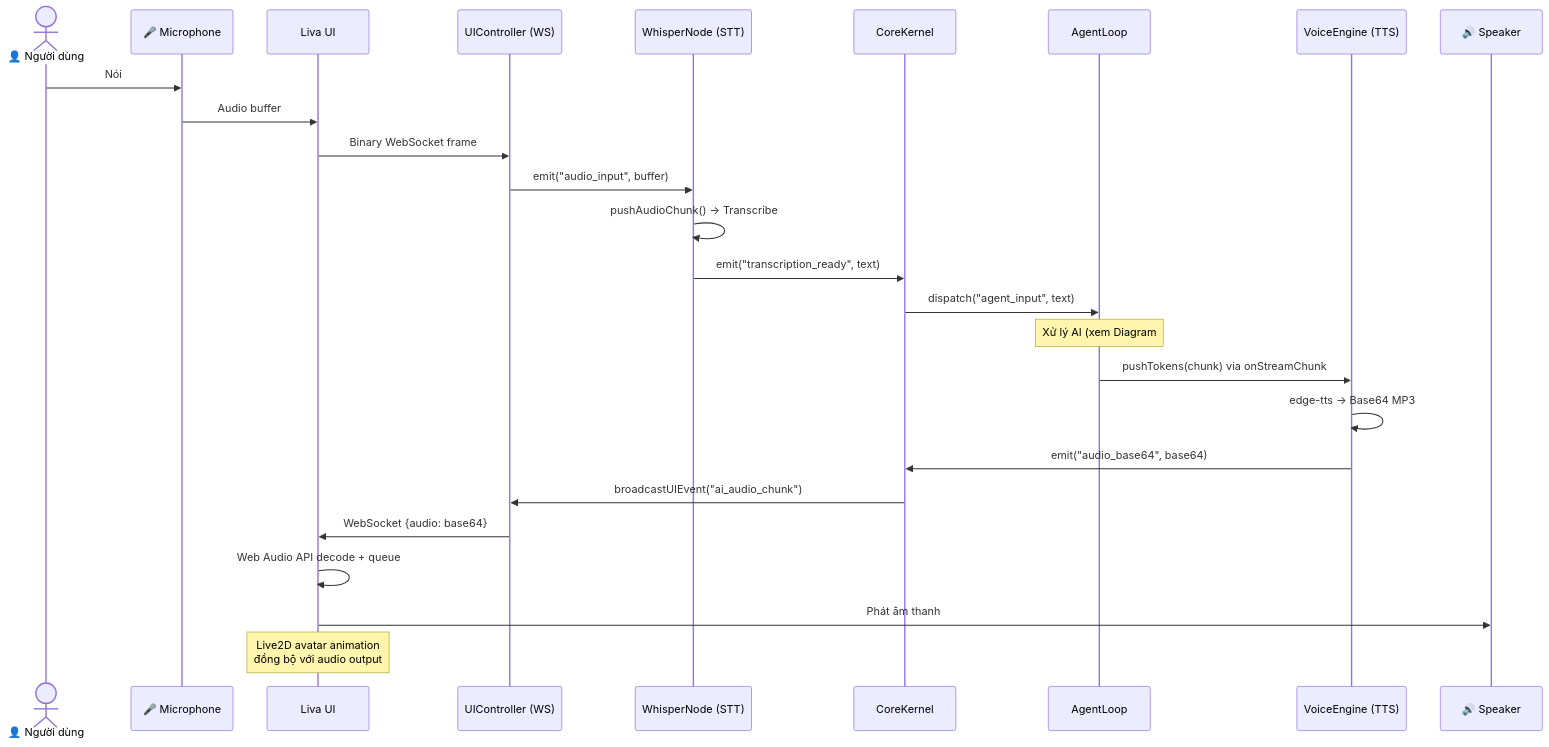
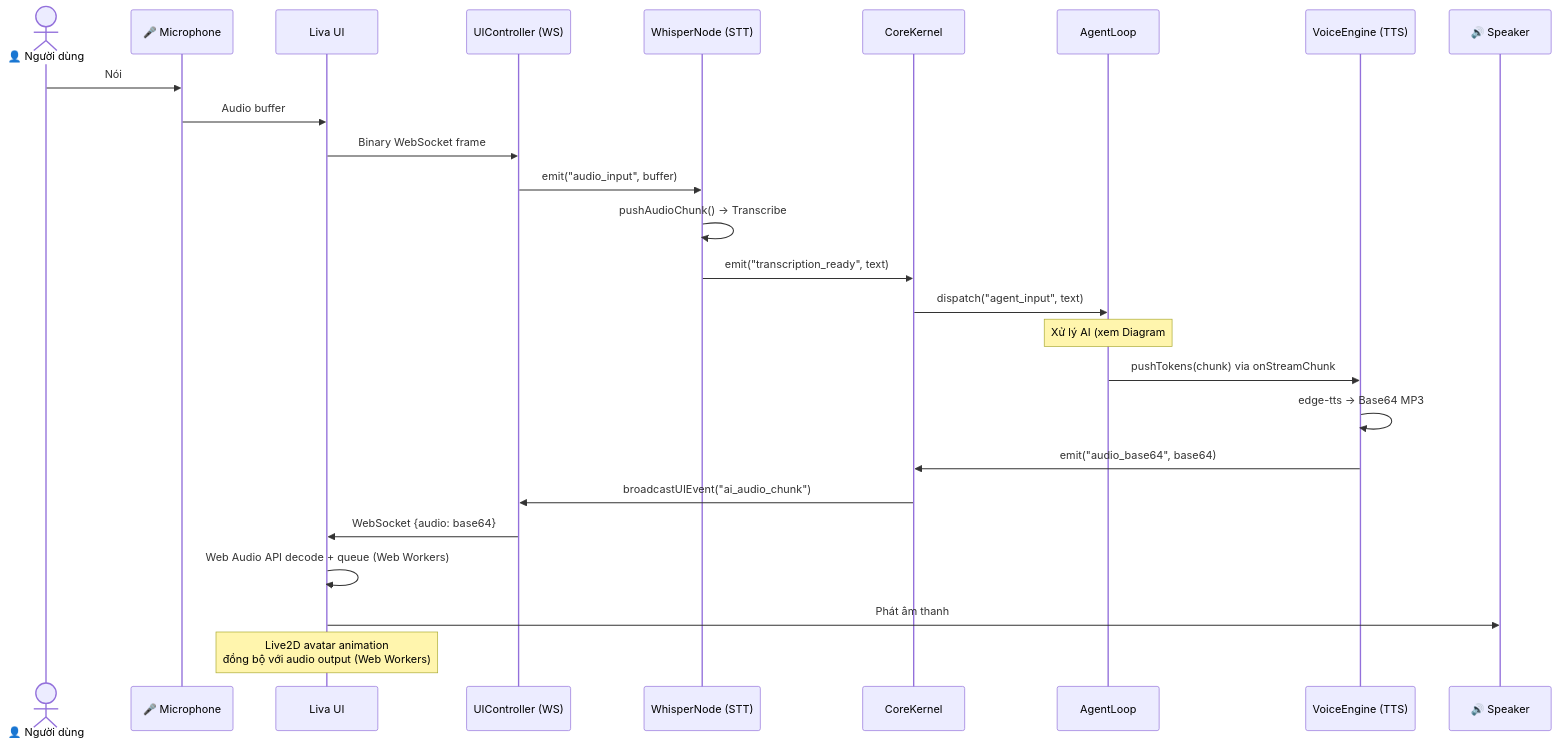
The sixth of 7 diagrams in docs/codebase_architecture.md (DuongNAD/LIVA), drawn with Mermaid before and after one commit. The commit also changed other lines of this file and 495 other files, not shown here.

````diff
--- a/docs/codebase_architecture.md
+++ b/docs/codebase_architecture.md
@@ -466,32 +416,32 @@
 ```mermaid
 sequenceDiagram
     actor User as 👤 Người dùng
     participant Mic as 🎤 Microphone
     participant UI as Liva UI
     participant WS as UIController (WS)
     participant Whisper as WhisperNode (STT)
     participant CK as CoreKernel
     participant AL as AgentLoop
     participant Voice as VoiceEngine (TTS)
     participant Speaker as 🔊 Speaker
 
     User->>Mic: Nói
     Mic->>UI: Audio buffer
     UI->>WS: Binary WebSocket frame
     WS->>Whisper: emit("audio_input", buffer)
     Whisper->>Whisper: pushAudioChunk() → Transcribe
     Whisper->>CK: emit("transcription_ready", text)
     CK->>AL: dispatch("agent_input", text)
 
     Note over AL: Xử lý AI (xem Diagram #2)
 
     AL->>Voice: pushTokens(chunk) via onStreamChunk
     Voice->>Voice: edge-tts → Base64 MP3
     Voice->>CK: emit("audio_base64", base64)
     CK->>WS: broadcastUIEvent("ai_audio_chunk")
     WS->>UI: WebSocket {audio: base64}
-    UI->>UI: Web Audio API decode + queue
+    UI->>UI: Web Audio API decode + queue (Web Workers)
     UI->>Speaker: Phát âm thanh
 
-    Note over UI: Live2D avatar animation<br/>đồng bộ với audio output
+    Note over UI: Live2D avatar animation<br/>đồng bộ với audio output (Web Workers)
 ```
````
